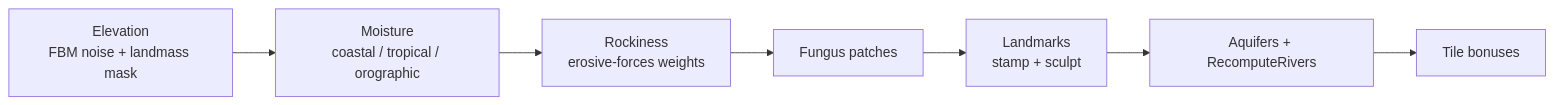
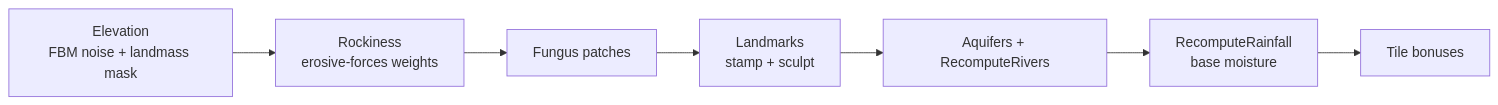
One commit to kilianloftis/alpha-centauri changed the second of 2 diagrams in docs/architecture/map-system.md. Above: the diagram before and after it, drawn with Mermaid. The commit also changed other lines of this file and 30 other files, not shown here.

````diff
--- a/docs/architecture/map-system.md
+++ b/docs/architecture/map-system.md
@@ -174,9 +174,9 @@
 ```mermaid
 graph LR
-    Elevation[Elevation<br/>FBM noise + landmass mask] --> Moisture[Moisture<br/>coastal / tropical / orographic]
-    Moisture --> Rockiness[Rockiness<br/>erosive-forces weights]
+    Elevation[Elevation<br/>FBM noise + landmass mask] --> Rockiness[Rockiness<br/>erosive-forces weights]
     Rockiness --> Fungus[Fungus patches]
     Fungus --> Landmarks[Landmarks<br/>stamp + sculpt]
     Landmarks --> Rivers[Aquifers + RecomputeRivers]
-    Rivers --> Bonuses[Tile bonuses]
+    Rivers --> Rainfall[RecomputeRainfall<br/>base moisture]
+    Rainfall --> Bonuses[Tile bonuses]
 ```
````
